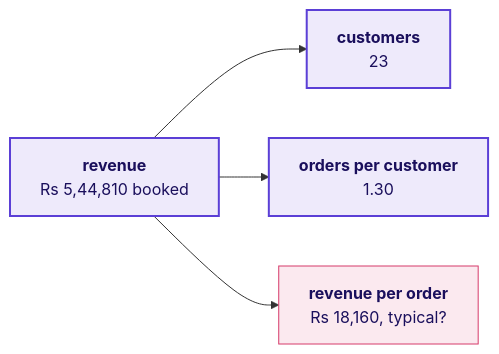
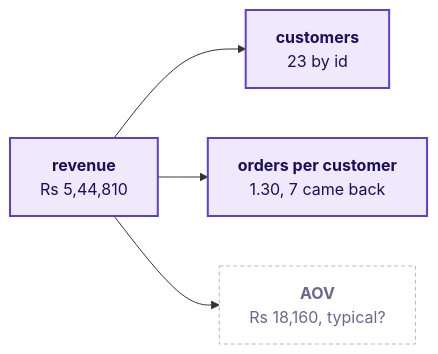
One commit to fde-academy-lab/c2-content-factory changed diagram 16 of 18 in content/W01/D1/slides/C2_W01_D01_half1_STUDENT.md. Above: the diagram before and after it, drawn with Mermaid. The commit also changed other lines of this file and 10 other files, not shown here.

````diff
--- a/content/W01/D1/slides/C2_W01_D01_half1_STUDENT.md
+++ b/content/W01/D1/slides/C2_W01_D01_half1_STUDENT.md
@@ -757,10 +943,10 @@
 ```mermaid
 flowchart LR
-    R["<b>revenue</b><br/>Rs 5,44,810 booked"] --> C["<b>customers</b><br/>23"]
-    R --> F["<b>orders per customer</b><br/>1.30"]
-    R --> A["<b>revenue per order</b><br/>Rs 18,160, typical?"]
+    R["<b>revenue</b><br/>Rs 5,44,810"] --> C["<b>customers</b><br/>23 by id"]
+    R --> F["<b>orders per customer</b><br/>1.30, 7 came back"]
+    R --> A["<b>AOV</b><br/>Rs 18,160, typical?"]
     classDef known fill:#EEEAFB,stroke:#5B3FD6,color:#1A0F5C,stroke-width:2px
-    classDef bad fill:#FBE9EF,stroke:#D63A6A,color:#1A0F5C
+    classDef unknown fill:#FFFFFF,stroke:#B8B2D6,color:#6B6690,stroke-dasharray:4 3
     class R,C,F known
-    class A bad
+    class A unknown
 ```
````
